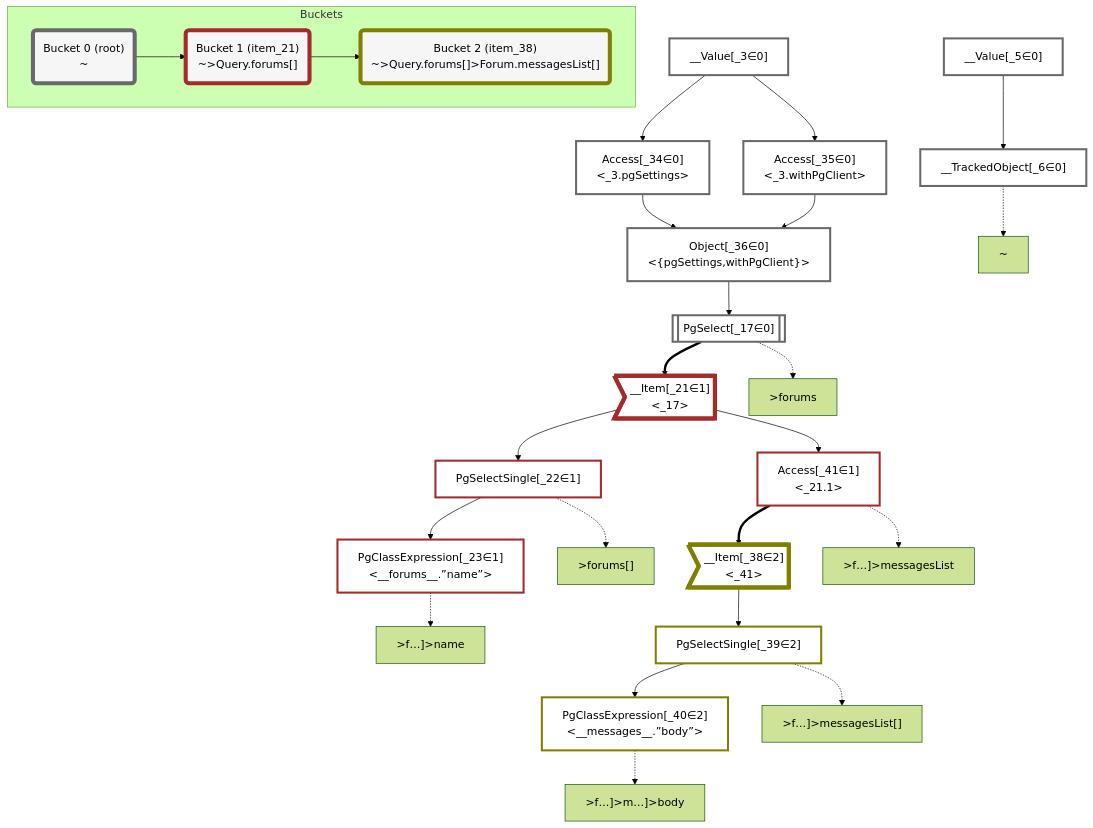
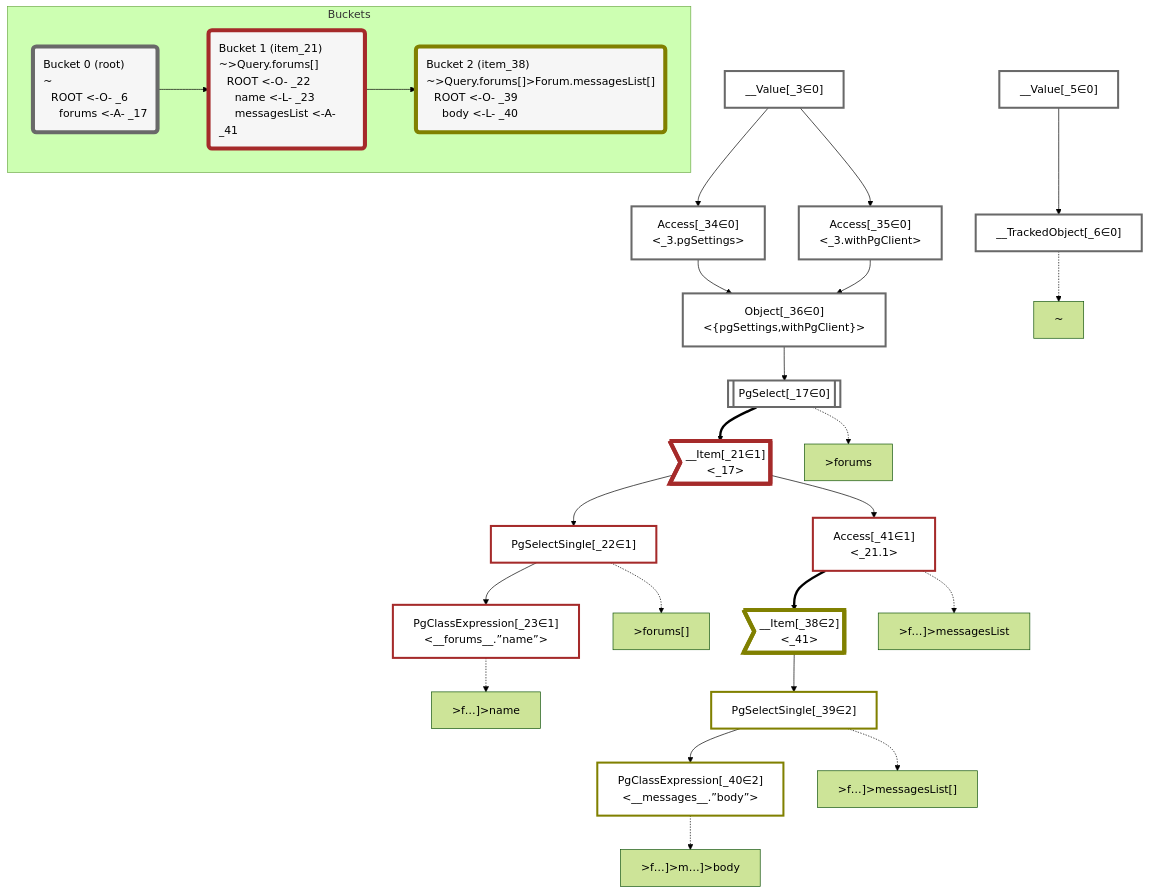
Before and after one commit to graphile/crystal: the diagram in packages/dataplan-pg/__tests__/queries/conditions/basics.mermaid.md, drawn with Mermaid (forest theme). The commit also changed 195 other files, not shown here.

````diff
--- a/packages/dataplan-pg/__tests__/queries/conditions/basics.mermaid.md
+++ b/packages/dataplan-pg/__tests__/queries/conditions/basics.mermaid.md
@@ -1,75 +1,75 @@
 ```mermaid
 graph TD
     classDef path fill:#eee,stroke:#000,color:#000
     classDef plan fill:#fff,stroke-width:3px,color:#000
     classDef itemplan fill:#fff,stroke-width:6px,color:#000
     classDef sideeffectplan fill:#f00,stroke-width:6px,color:#000
-    classDef bucket fill:#f6f6f6,color:#000,stroke-width:6px
+    classDef bucket fill:#f6f6f6,color:#000,stroke-width:6px,text-align:left
 
 
     %% define plans
     __Value_3["__Value[_3∈0]<br /><context>"]:::plan
     __Value_5["__Value[_5∈0]<br /><rootValue>"]:::plan
     __TrackedObject_6["__TrackedObject[_6∈0]"]:::plan
     PgSelect_17[["PgSelect[_17∈0]<br /><forums>"]]:::plan
     __Item_21>"__Item[_21∈1]<br /><_17>"]:::itemplan
     PgSelectSingle_22["PgSelectSingle[_22∈1]<br /><forums>"]:::plan
     PgClassExpression_23["PgClassExpression[_23∈1]<br /><__forums__.”name”>"]:::plan
     Access_34["Access[_34∈0]<br /><_3.pgSettings>"]:::plan
     Access_35["Access[_35∈0]<br /><_3.withPgClient>"]:::plan
     Object_36["Object[_36∈0]<br /><{pgSettings,withPgClient}>"]:::plan
     __Item_38>"__Item[_38∈2]<br /><_41>"]:::itemplan
     PgSelectSingle_39["PgSelectSingle[_39∈2]<br /><messages>"]:::plan
     PgClassExpression_40["PgClassExpression[_40∈2]<br /><__messages__.”body”>"]:::plan
     Access_41["Access[_41∈1]<br /><_21.1>"]:::plan
 
     %% plan dependencies
     __Value_5 --> __TrackedObject_6
     Object_36 --> PgSelect_17
     PgSelect_17 ==> __Item_21
     __Item_21 --> PgSelectSingle_22
     PgSelectSingle_22 --> PgClassExpression_23
     __Value_3 --> Access_34
     __Value_3 --> Access_35
     Access_34 --> Object_36
     Access_35 --> Object_36
     Access_41 ==> __Item_38
     __Item_38 --> PgSelectSingle_39
     PgSelectSingle_39 --> PgClassExpression_40
     __Item_21 --> Access_41
 
     %% plan-to-path relationships
     P_6["~"]
     __TrackedObject_6 -.-> P_6
     P_17[">forums"]
     PgSelect_17 -.-> P_17
     P_22[">forums[]"]
     PgSelectSingle_22 -.-> P_22
     P_23[">f…]>name"]
     PgClassExpression_23 -.-> P_23
     P_39[">f…]>messagesList[]"]
     PgSelectSingle_39 -.-> P_39
     P_40[">f…]>m…]>body"]
     PgClassExpression_40 -.-> P_40
     P_41[">f…]>messagesList"]
     Access_41 -.-> P_41
 
     %% allocate buckets
     classDef bucket0 stroke:#696969
     class __Value_3,__Value_5,__TrackedObject_6,PgSelect_17,Access_34,Access_35,Object_36 bucket0
     classDef bucket1 stroke:#a52a2a
     class __Item_21,PgSelectSingle_22,PgClassExpression_23,Access_41 bucket1
     classDef bucket2 stroke:#808000
     class __Item_38,PgSelectSingle_39,PgClassExpression_40 bucket2
 
     subgraph Buckets
-    Bucket0("Bucket 0 (root)<br />~"):::bucket
+    Bucket0("Bucket 0 (root)<br />~<br />⠀ROOT <-O- _6<br />⠀⠀forums <-A- _17"):::bucket
     style Bucket0 stroke:#696969
-    Bucket1("Bucket 1 (item_21)<br />~>Query.forums[]"):::bucket
+    Bucket1("Bucket 1 (item_21)<br />~>Query.forums[]<br />⠀ROOT <-O- _22<br />⠀⠀name <-L- _23<br />⠀⠀messagesList <-A- _41"):::bucket
     style Bucket1 stroke:#a52a2a
     Bucket0 --> Bucket1
-    Bucket2("Bucket 2 (item_38)<br />~>Query.forums[]>Forum.messagesList[]"):::bucket
+    Bucket2("Bucket 2 (item_38)<br />~>Query.forums[]>Forum.messagesList[]<br />⠀ROOT <-O- _39<br />⠀⠀body <-L- _40"):::bucket
     style Bucket2 stroke:#808000
     Bucket1 --> Bucket2
     end
 ```
````
